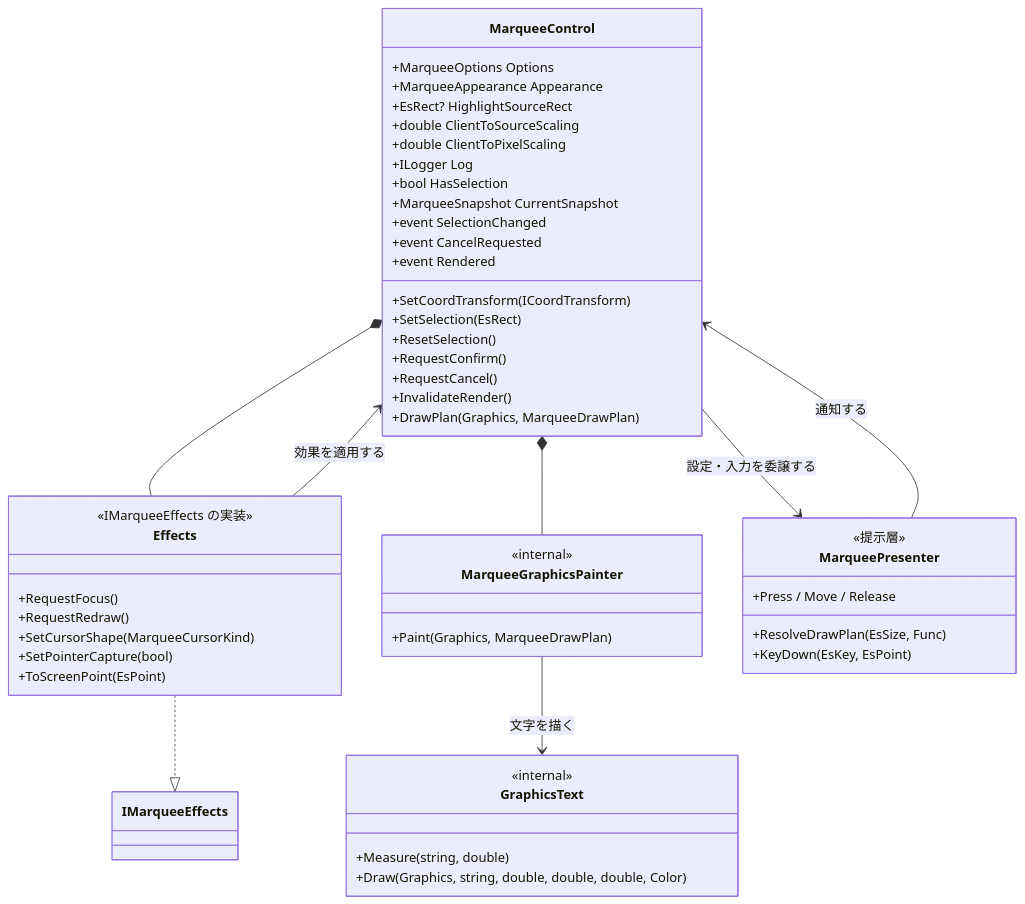
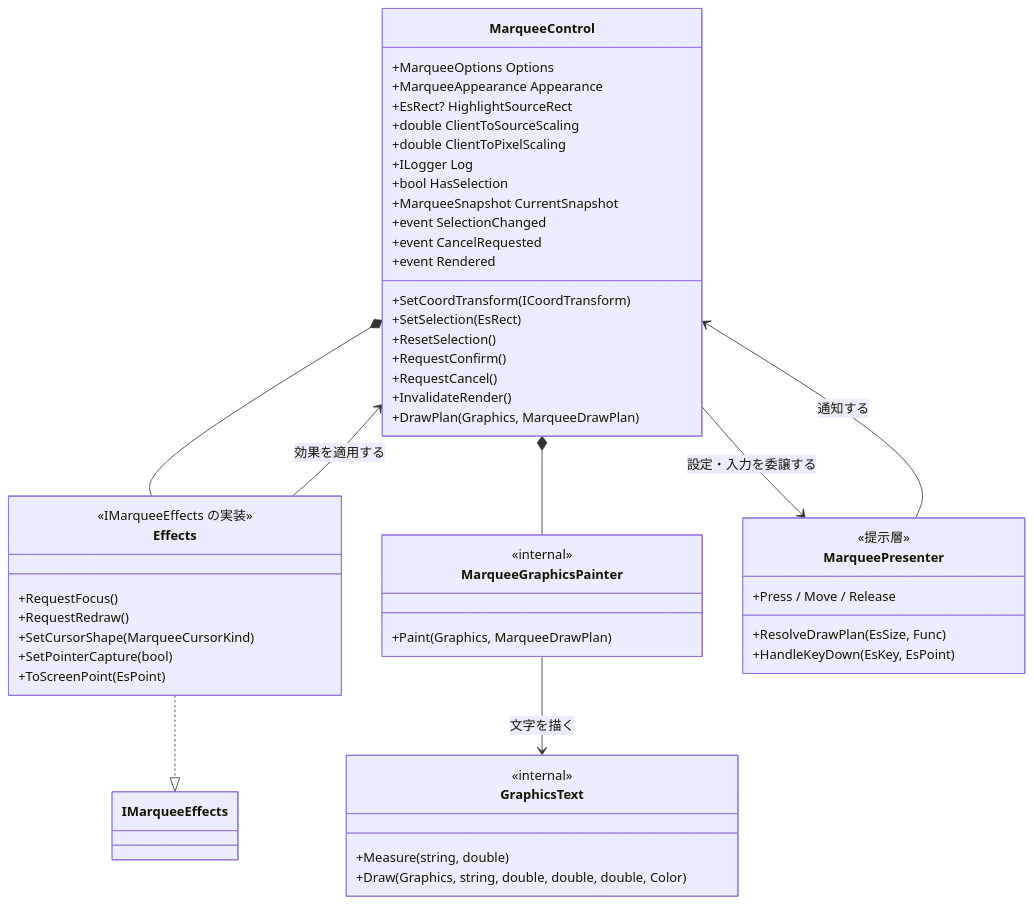
One commit to tomokuni/EsUtil changed the second of 6 diagrams in EsUtil.Ui.WinForms/Marquee/docs/SPEC_System.md. Above: the diagram before and after it, drawn with Mermaid. The commit also changed other lines of this file and 85 other files, not shown here.

````diff
--- a/EsUtil.Ui.WinForms/Marquee/docs/SPEC_System.md
+++ b/EsUtil.Ui.WinForms/Marquee/docs/SPEC_System.md
@@ -130,58 +130,58 @@
 ```mermaid
 classDiagram
     class MarqueeControl {
         +MarqueeOptions Options
         +MarqueeAppearance Appearance
         +EsRect? HighlightSourceRect
         +double ClientToSourceScaling
         +double ClientToPixelScaling
         +ILogger Log
         +bool HasSelection
         +MarqueeSnapshot CurrentSnapshot
         +SetCoordTransform(ICoordTransform)
         +SetSelection(EsRect)
         +ResetSelection()
         +RequestConfirm()
         +RequestCancel()
         +InvalidateRender()
         +DrawPlan(Graphics, MarqueeDrawPlan)
         +event SelectionChanged
         +event CancelRequested
         +event Rendered
     }
 
     class Effects {
         <<IMarqueeEffects の実装>>
         +RequestFocus()
         +RequestRedraw()
         +SetCursorShape(MarqueeCursorKind)
         +SetPointerCapture(bool)
         +ToScreenPoint(EsPoint)
     }
 
     class MarqueeGraphicsPainter {
         <<internal>>
         +Paint(Graphics, MarqueeDrawPlan)
     }
 
     class GraphicsText {
         <<internal>>
         +Measure(string, double)
         +Draw(Graphics, string, double, double, double, Color)
     }
 
     class MarqueePresenter {
         <<提示層>>
         +ResolveDrawPlan(EsSize, Func)
         +Press / Move / Release
-        +KeyDown(EsKey, EsPoint)
+        +HandleKeyDown(EsKey, EsPoint)
     }
 
     MarqueeControl *-- Effects
     MarqueeControl *-- MarqueeGraphicsPainter
     Effects ..|> IMarqueeEffects
     Effects --> MarqueeControl : 効果を適用する
     MarqueeGraphicsPainter --> GraphicsText : 文字を描く
     MarqueeControl --> MarqueePresenter : 設定・入力を委譲する
     MarqueePresenter --> MarqueeControl : 通知する
 ```
````
